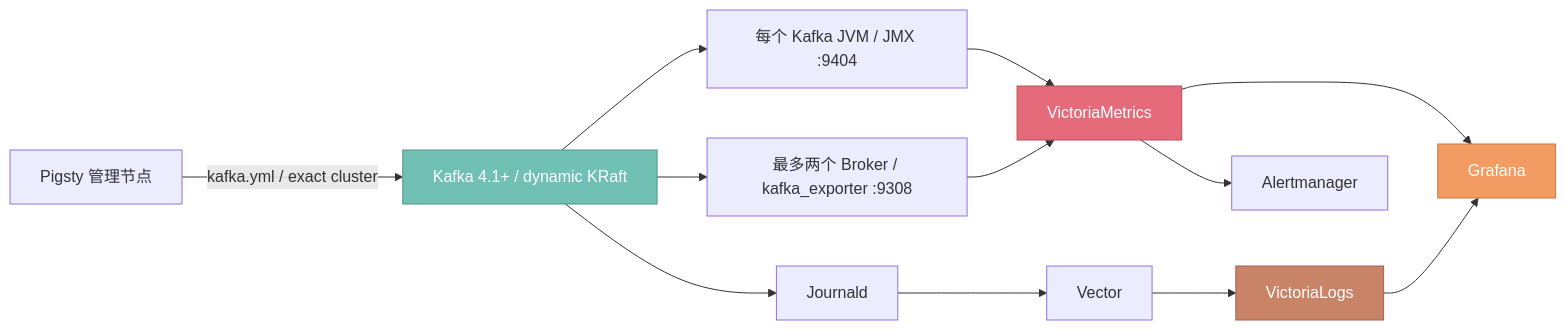
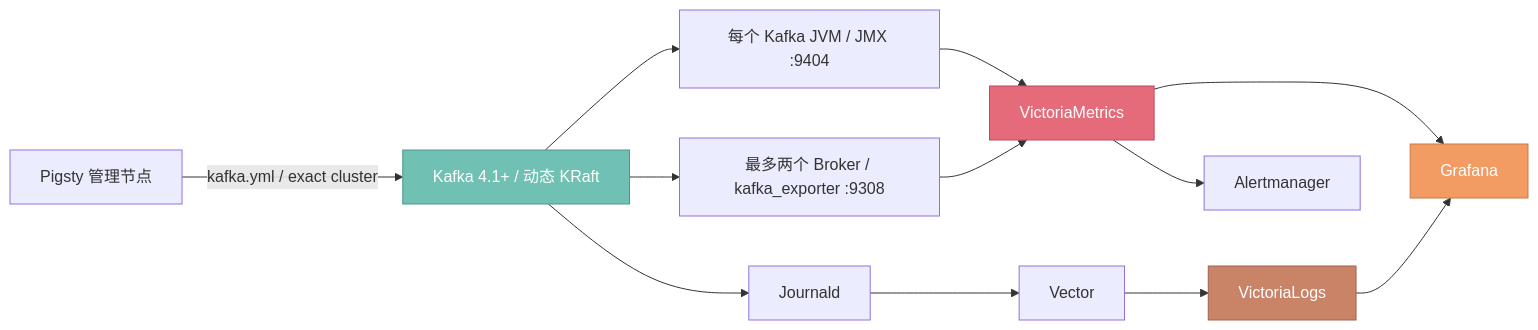
The diagram in content/docs/kafka/_index.md (pgsty/pigsty.cc), drawn with Mermaid before and after one commit. The commit also changed other lines of this file and 5 other files, not shown here.

First line of the commit message:
docs: proofread kafka module in pigsty style, task-oriented admin page

````diff
--- a/content/docs/kafka/_index.md
+++ b/content/docs/kafka/_index.md
@@ -45,18 +45,18 @@
 ```mermaid
 flowchart LR
-    admin["Pigsty 管理节点"] -->|"kafka.yml / exact cluster"| kafka["Kafka 4.1+ / dynamic KRaft"]
+    admin["Pigsty 管理节点"] -->|"kafka.yml / exact cluster"| kafka["Kafka 4.1+ / 动态 KRaft"]
     kafka --> jmx["每个 Kafka JVM / JMX :9404"]
     kafka --> exporter["最多两个 Broker / kafka_exporter :9308"]
     kafka --> journal["Journald"]
     jmx --> vm["VictoriaMetrics"]
     exporter --> vm
     journal --> vector["Vector"] --> vl["VictoriaLogs"]
     vm --> grafana["Grafana"]
     vl --> grafana
     vm --> alert["Alertmanager"]
 
     style kafka fill:#70C1B3,stroke:#4f968b,color:#fff
     style vm fill:#E66B7A,stroke:#b84e5c,color:#fff
     style vl fill:#C98367,stroke:#9e634e,color:#fff
     style grafana fill:#F29C64,stroke:#c77845,color:#fff
 ```
````
